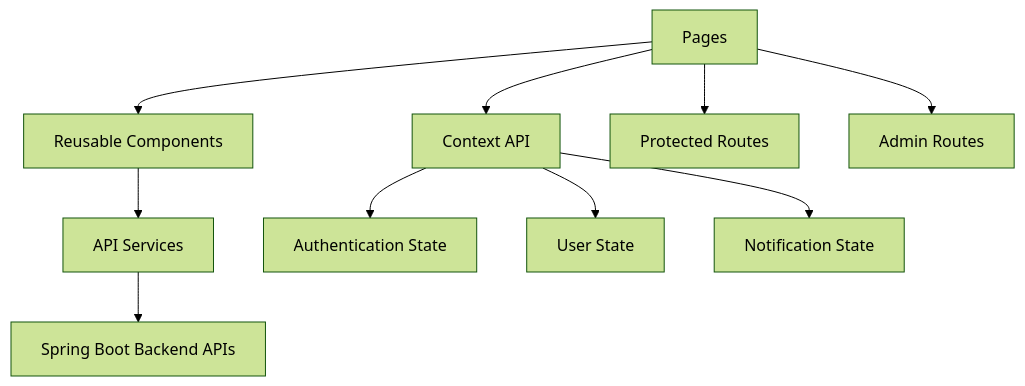
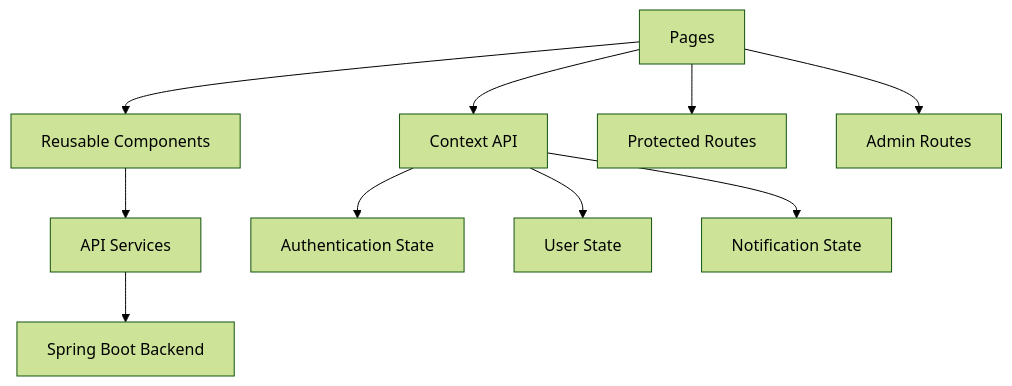
One commit to AvneshTech/TrueLens-AI-Powered-News-Intelligence-Platform changed the first of 2 diagrams in docs/phase-3-frontend.md. Above: the diagram before and after it, drawn with Mermaid (forest theme). The commit also changed other lines of this file, not shown here.

````diff
--- a/docs/phase-3-frontend.md
+++ b/docs/phase-3-frontend.md
@@ -19,21 +19,22 @@
 ```mermaid
 graph TD
 
-A[Pages] --> B[Reusable Components]
+A[Pages]
+--> B[Reusable Components]
 
 B --> C[API Services]
 
-C --> D[Spring Boot Backend APIs]
+C --> D[Spring Boot Backend]
 
 A --> E[Context API]
 
 E --> F[Authentication State]
 
 E --> G[User State]
 
 E --> H[Notification State]
 
 A --> I[Protected Routes]
 
 A --> J[Admin Routes]
 ```
````
